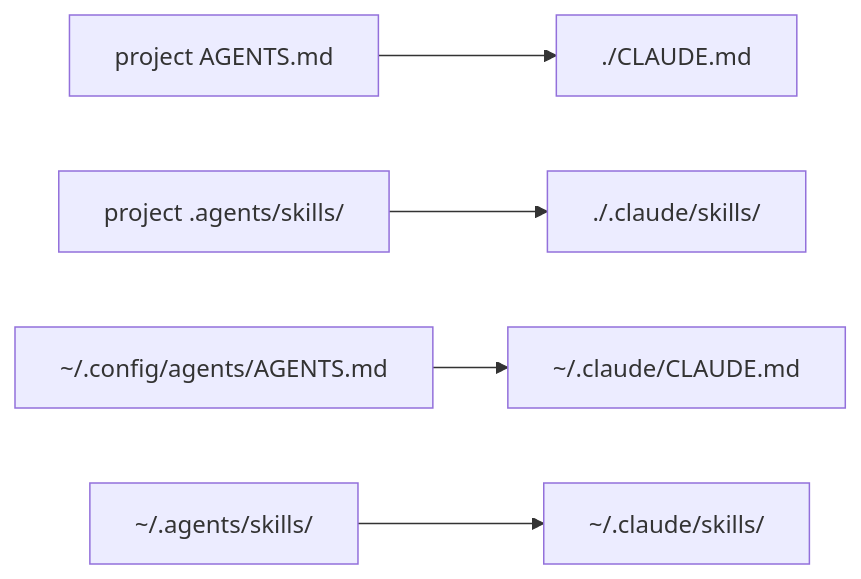
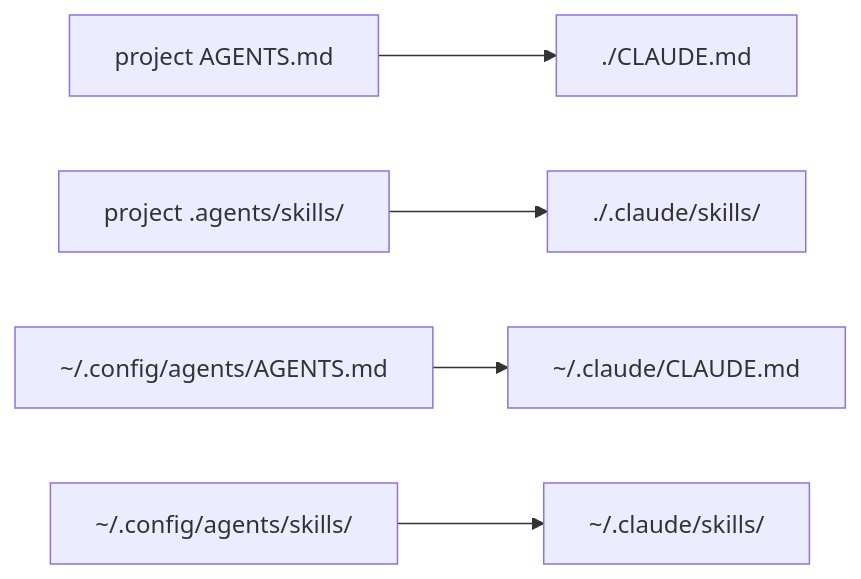
Before and after one commit to vcoeur/agedum: the diagram in docs/source-shape.md, drawn with Mermaid. The commit also changed other lines of this file and 14 other files, not shown here.

First line of the commit message:
Move global skills source to ~/.config/agents/skills

````diff
--- a/docs/source-shape.md
+++ b/docs/source-shape.md
@@ -156,7 +156,7 @@
 ```mermaid
 flowchart LR
   pAg["project AGENTS.md"] --> pCl["./CLAUDE.md"]
   pSk["project .agents/skills/"] --> pClSk["./.claude/skills/"]
   gAg["~/.config/agents/AGENTS.md"] --> gCl["~/.claude/CLAUDE.md"]
-  gSk["~/.agents/skills/"] --> gClSk["~/.claude/skills/"]
+  gSk["~/.config/agents/skills/"] --> gClSk["~/.claude/skills/"]
 ```
````
